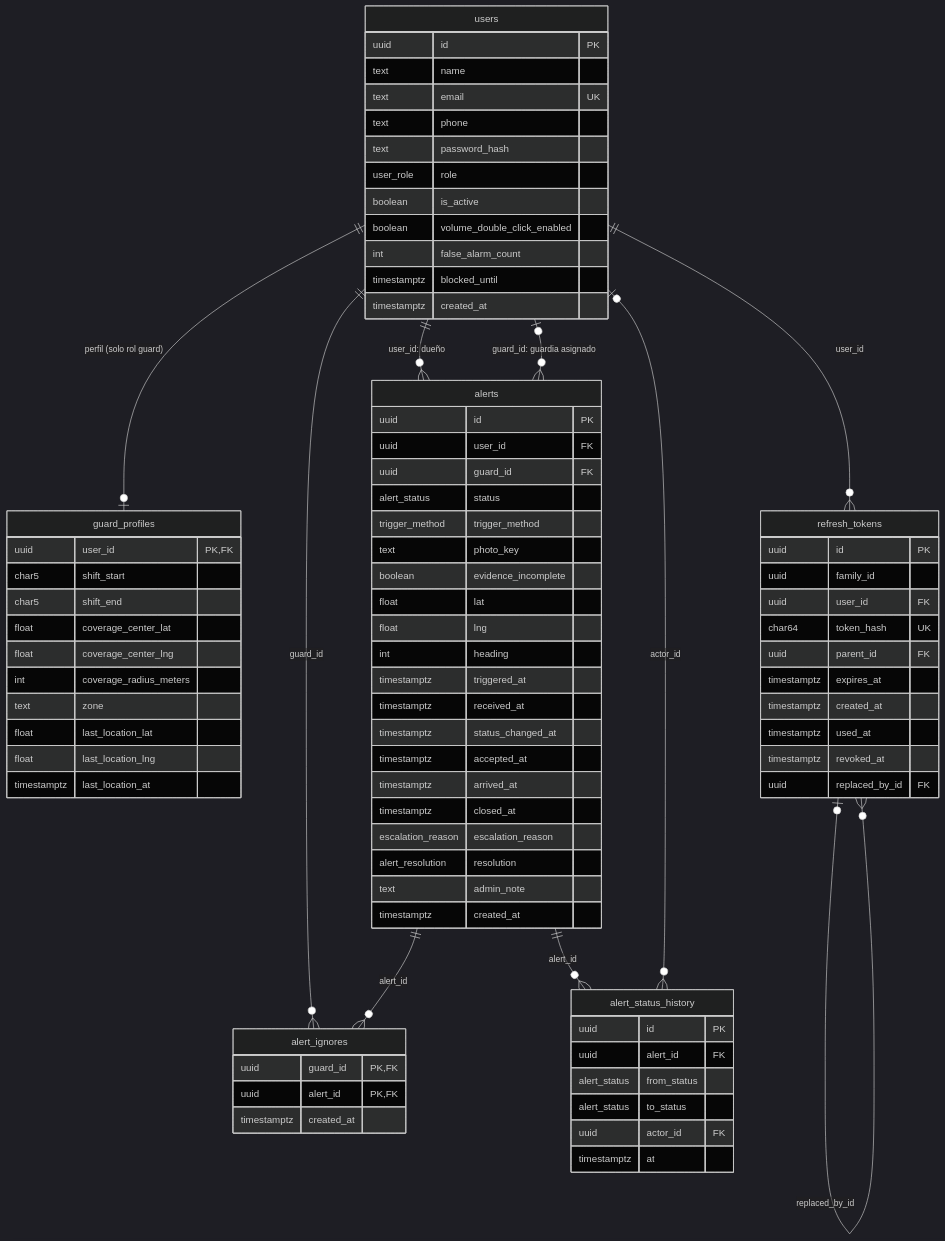
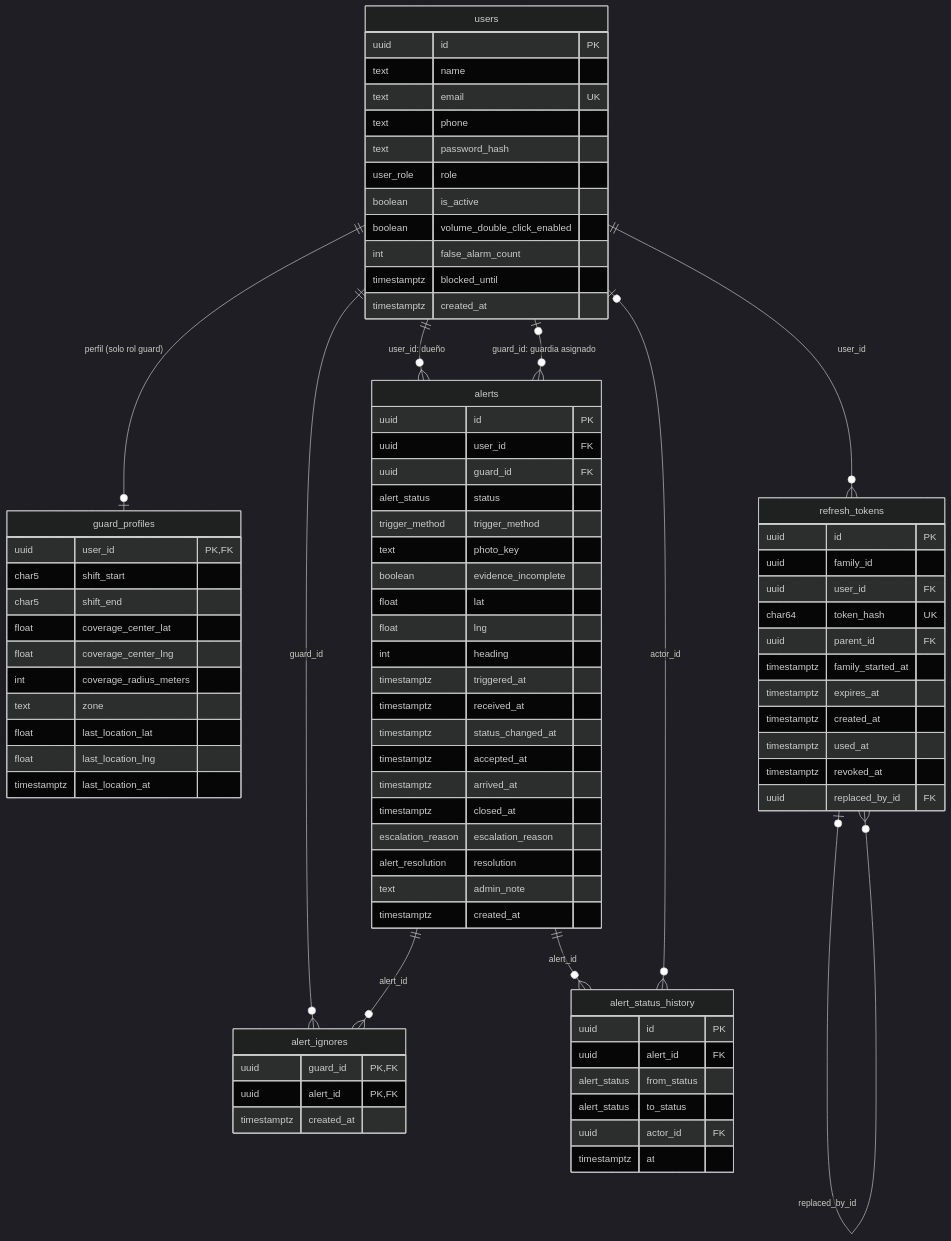
Before and after one commit to angelOcampoM/SafeLink: the first of 2 diagrams in docs/MODELO_DATOS.md, drawn with Mermaid (dark theme). The commit also changed other lines of this file and 15 other files, not shown here.

```diff
--- a/docs/MODELO_DATOS.md
+++ b/docs/MODELO_DATOS.md
@@ -112,6 +112,7 @@
         uuid user_id FK
         char64 token_hash UK
         uuid parent_id FK
+        timestamptz family_started_at
         timestamptz expires_at
         timestamptz created_at
         timestamptz used_at
```
